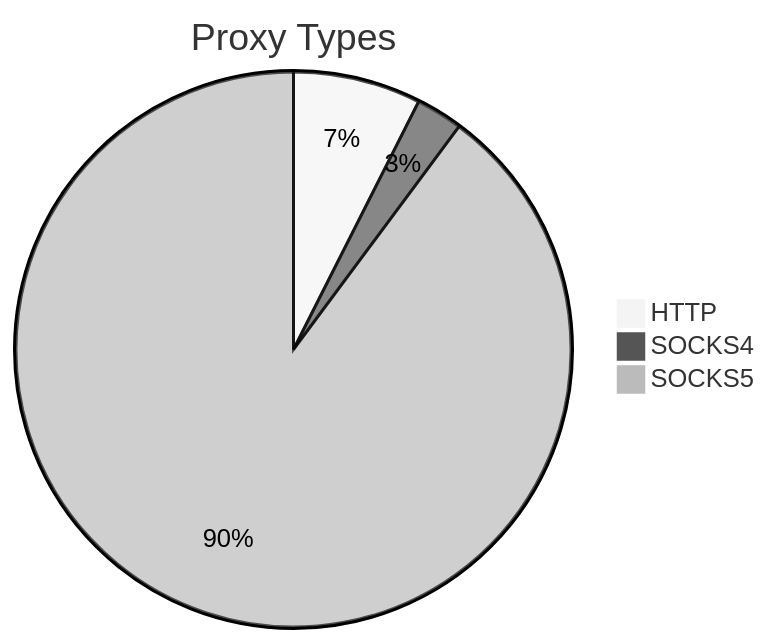
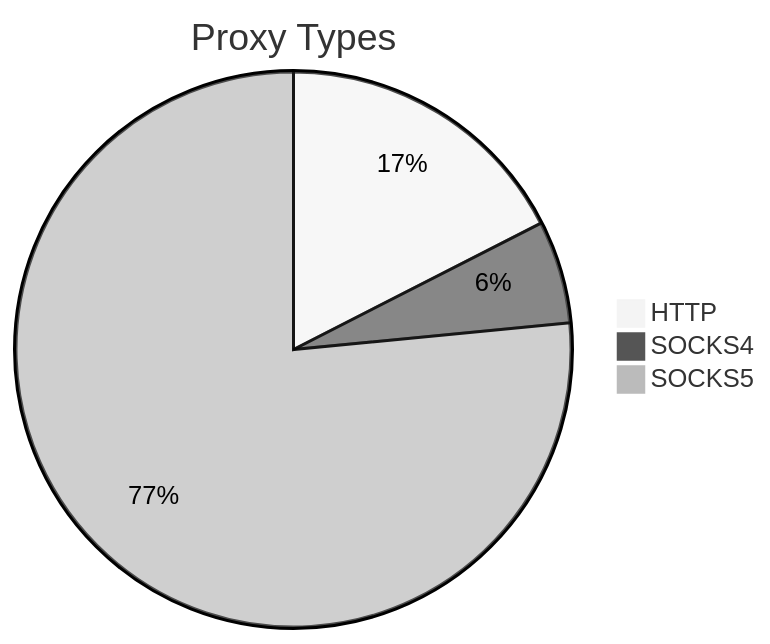
The first of 2 diagrams in README.md (stormsia/proxy-list), drawn with Mermaid (neutral theme) before and after one commit. The commit also changed other lines of this file, not shown here.

````diff
--- a/README.md
+++ b/README.md
@@ -21,6 +21,6 @@
 ```mermaid
 pie title Proxy Types
-    "HTTP" : 175
-    "SOCKS4" : 64
-    "SOCKS5" : 2112
+    "HTTP" : 117
+    "SOCKS4" : 40
+    "SOCKS5" : 512
 ```
````
